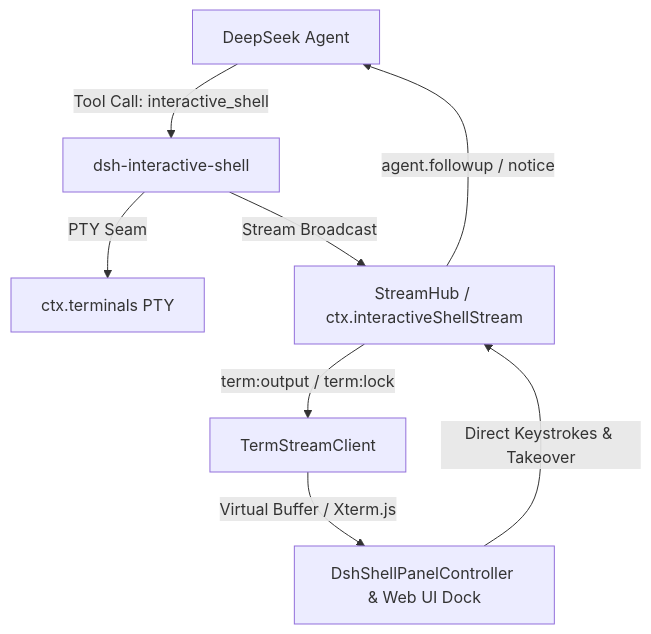
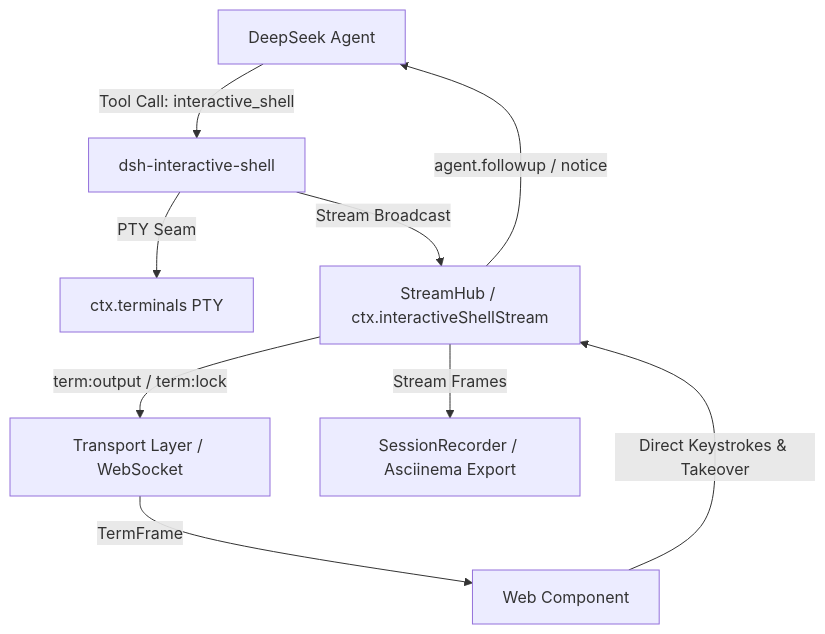
The diagram in README.md (zerosloney/dsh-interactive-shell), drawn with Mermaid before and after one commit. The commit also changed other lines of this file and 54 other files, not shown here.

Commit message:
feat: complete v0.3.4 interactive shell upgrade with web dock, AST security, time-travel recorder, intelligent prompts, and ws transports

````diff
--- a/README.md
+++ b/README.md
@@ -27,10 +37,11 @@
 ```mermaid
 graph TD
   Agent[DeepSeek Agent] -->|Tool Call: interactive_shell| Plugin[dsh-interactive-shell]
   Plugin -->|PTY Seam| Terminals[ctx.terminals PTY]
   Plugin -->|Stream Broadcast| StreamHub[StreamHub / ctx.interactiveShellStream]
-  StreamHub -->|term:output / term:lock| Client[TermStreamClient]
-  Client -->|Virtual Buffer / Xterm.js| UI[DshShellPanelController & Web UI Dock]
-  UI -->|Direct Keystrokes & Takeover| StreamHub
+  StreamHub -->|term:output / term:lock| Transport[Transport Layer / WebSocket]
+  Transport -->|TermFrame| Dock[<dsh-shell-dock> Web Component]
+  Dock -->|Direct Keystrokes & Takeover| StreamHub
   StreamHub -->|agent.followup / notice| Agent
+  StreamHub -->|Stream Frames| Recorder[SessionRecorder / Asciinema Export]
 ```
````
